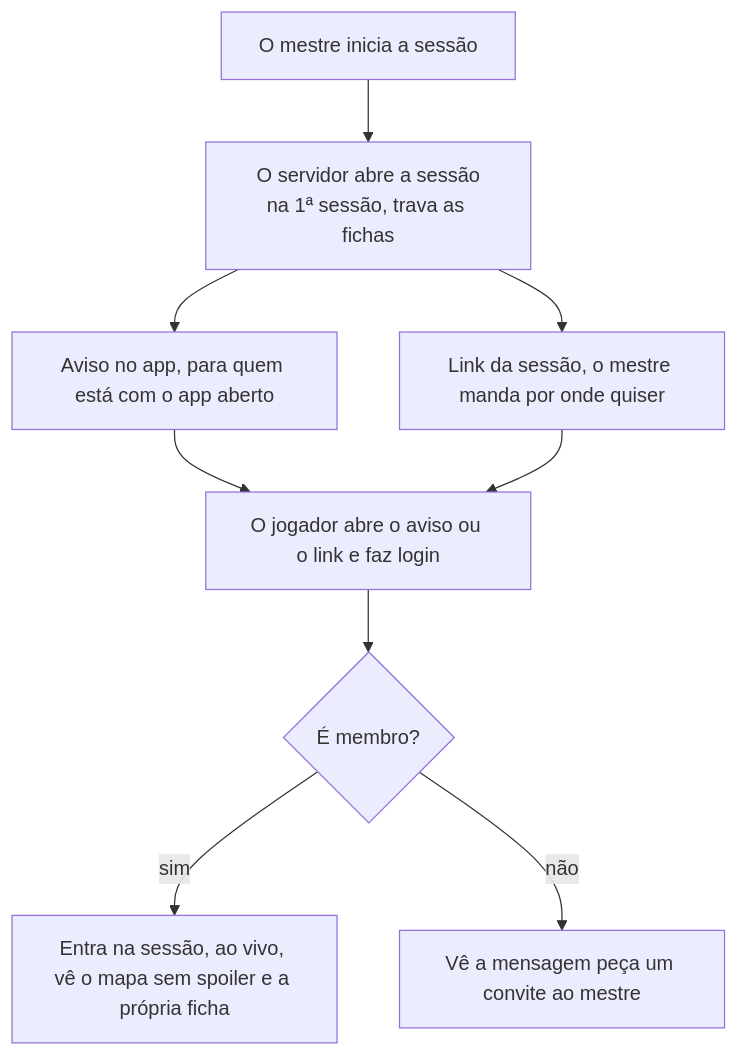
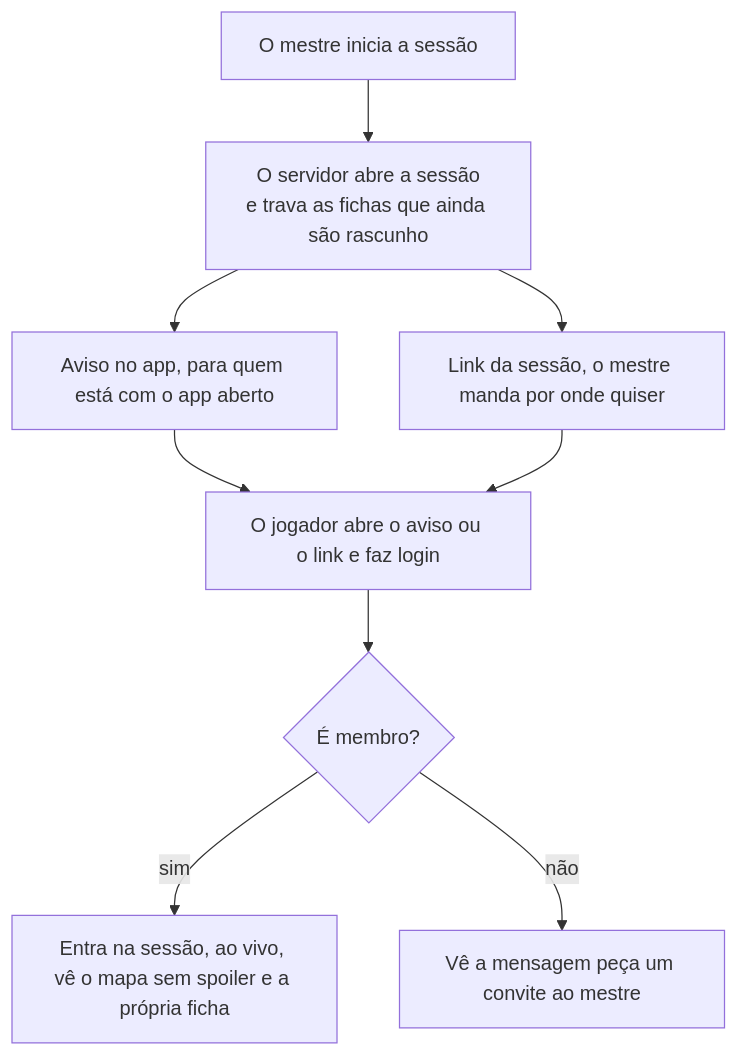
Before and after one commit to PuraFome/meuRPG: the second of 2 diagrams in docs/produto/regras.md, drawn with Mermaid. The commit also changed other lines of this file and 43 other files, not shown here.

````diff
--- a/docs/produto/regras.md
+++ b/docs/produto/regras.md
@@ -71,20 +82,20 @@
 ```mermaid
 flowchart TD
     A["O mestre inicia a sessão"]
-    B["O servidor abre a sessão<br/>na 1ª sessão, trava as fichas"]
+    B["O servidor abre a sessão<br/>e trava as fichas que ainda são rascunho"]
     C["Aviso no app, para quem está com o app aberto"]
     D["Link da sessão, o mestre manda por onde quiser"]
     E["O jogador abre o aviso ou o link e faz login"]
     F{"É membro?"}
     G["Entra na sessão, ao vivo, vê o mapa sem spoiler e a própria ficha"]
     H["Vê a mensagem peça um convite ao mestre"]
 
     A --> B
     B --> C
     B --> D
     C --> E
     D --> E
     E --> F
     F -->|"sim"| G
     F -->|"não"| H
 ```
````
